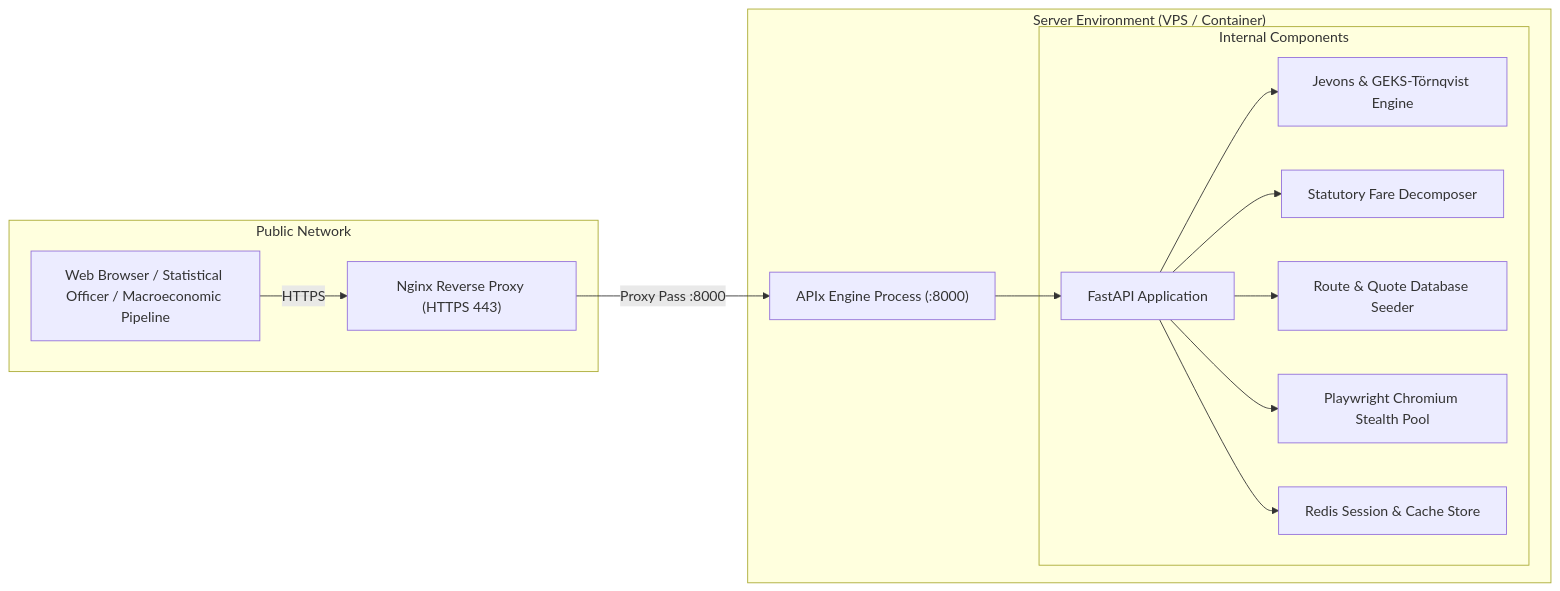
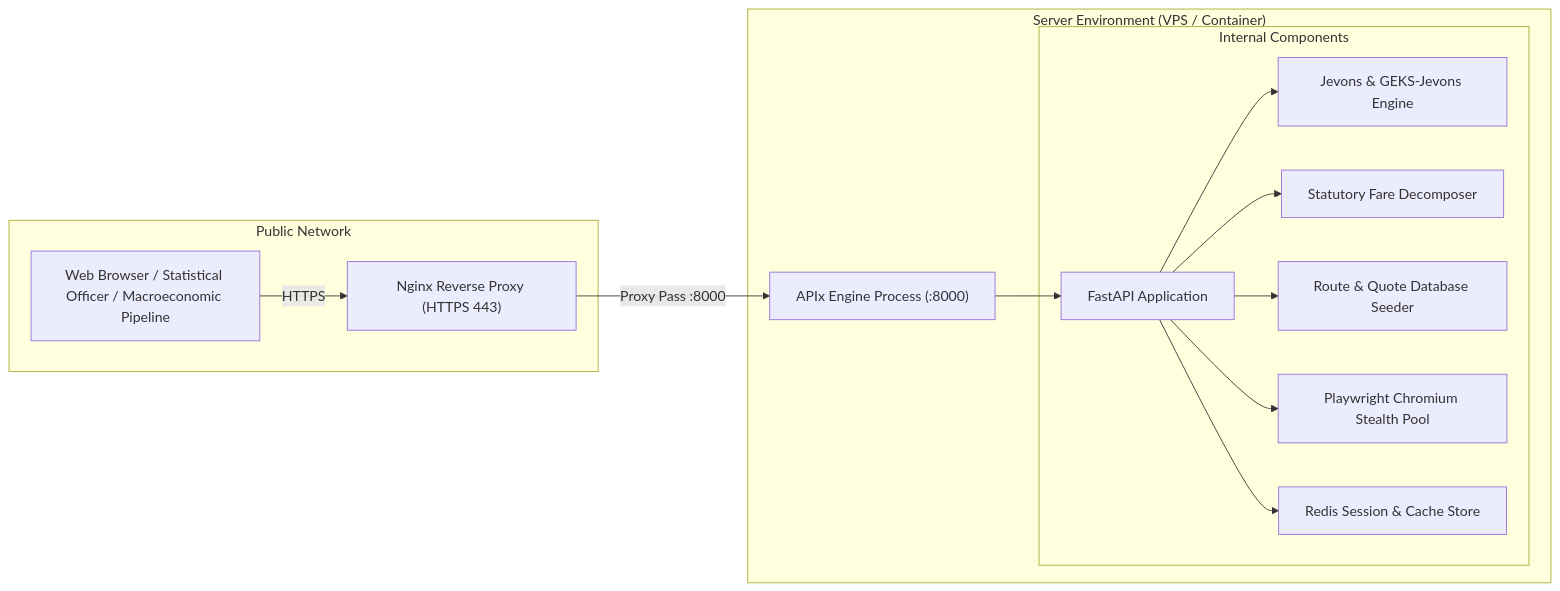
One commit to Tejas3479/APIx changed the diagram in docs/SELF_HOSTING.md. Above: the diagram before and after it, drawn with Mermaid. The commit also changed 4 other files, not shown here.

Commit message:
Docs: Synchronize methodology terminology from GEKS-Törnqvist to GEKS-Jevons

````diff
--- a/docs/SELF_HOSTING.md
+++ b/docs/SELF_HOSTING.md
@@ -9,29 +9,29 @@
 ```mermaid
 flowchart LR
     subgraph Public["Public Network"]
         CLIENT["Web Browser / Statistical Officer / Macroeconomic Pipeline"]
         NGINX["Nginx Reverse Proxy (HTTPS 443)"]
     end
 
     subgraph Host["Server Environment (VPS / Container)"]
         CONTAINER["APIx Engine Process (:8000)"]
         
         subgraph Inside["Internal Components"]
             FASTAPI["FastAPI Application"]
-            INDEX["Jevons & GEKS-Törnqvist Engine"]
+            INDEX["Jevons & GEKS-Jevons Engine"]
             DECOMP["Statutory Fare Decomposer"]
             SEEDER["Route & Quote Database Seeder"]
             PW["Playwright Chromium Stealth Pool"]
             SESSIONS["Redis Session & Cache Store"]
         end
     end
 
     CLIENT -->|HTTPS| NGINX
     NGINX -->|Proxy Pass :8000| CONTAINER
     CONTAINER --> FASTAPI
     FASTAPI --> INDEX
     FASTAPI --> DECOMP
     FASTAPI --> SEEDER
     FASTAPI --> PW
     FASTAPI --> SESSIONS
 ```
````
